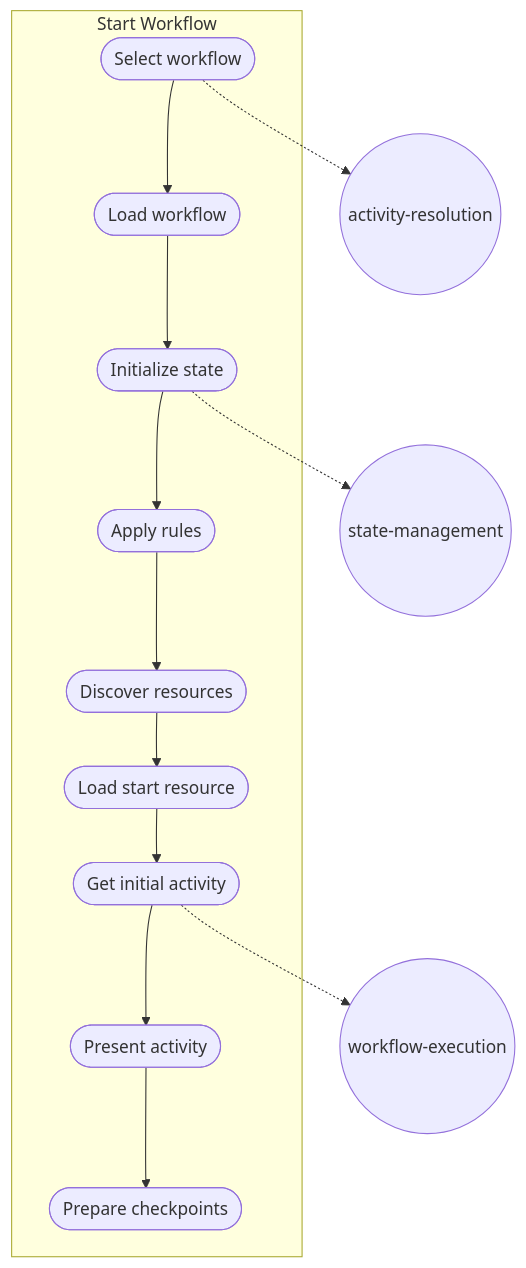
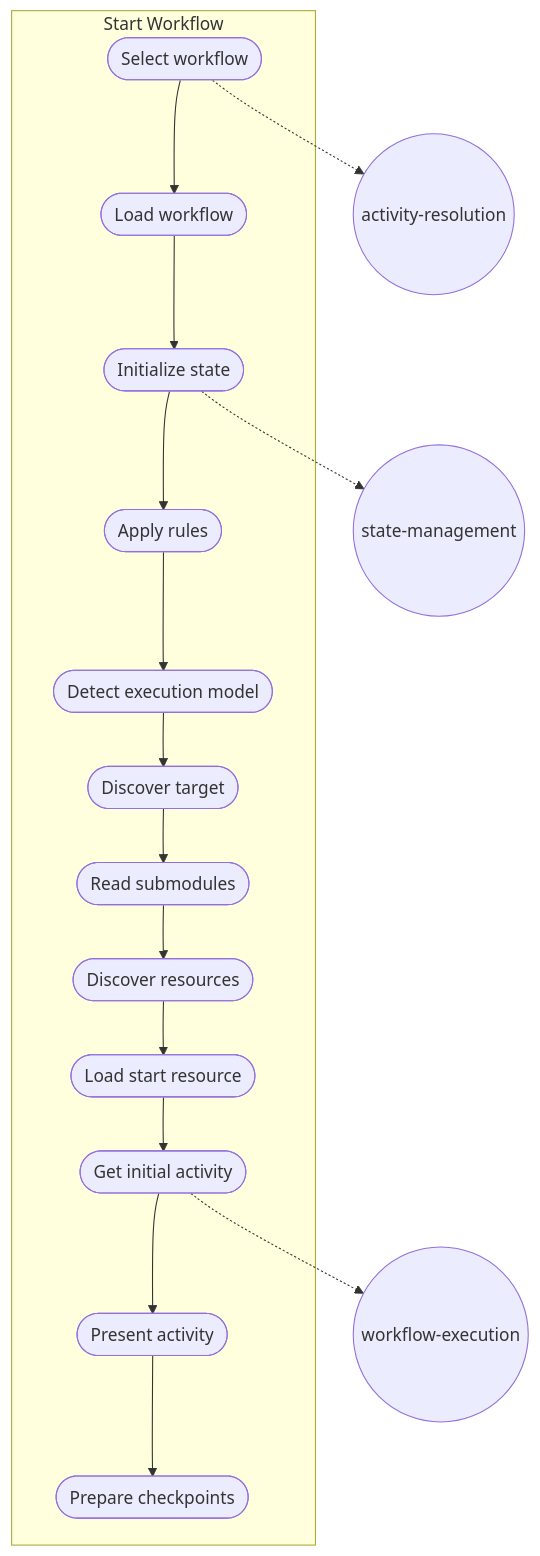
One commit to m2ux/workflow-server changed the second of 4 diagrams in meta/README.md. Above: the diagram before and after it, drawn with Mermaid. The commit also changed other lines of this file and 9 other files, not shown here.

First line of the commit message:
fix(meta): compliance review fixes — schema validation, variables, prose migration

````diff
--- a/meta/README.md
+++ b/meta/README.md
@@ -44,24 +44,27 @@
 ```mermaid
 graph TD
     subgraph start-workflow[Start Workflow]
         s1([Select workflow])
         s2([Load workflow])
         s3([Initialize state])
         s4([Apply rules])
-        s5([Discover resources])
-        s6([Load start resource])
-        s7([Get initial activity])
-        s8([Present activity])
-        s9([Prepare checkpoints])
+        s5([Detect execution model])
+        s6([Discover target])
+        s7([Read submodules])
+        s8([Discover resources])
+        s9([Load start resource])
+        s10([Get initial activity])
+        s11([Present activity])
+        s12([Prepare checkpoints])
         
-        s1 --> s2 --> s3 --> s4 --> s5 --> s6 --> s7 --> s8 --> s9
+        s1 --> s2 --> s3 --> s4 --> s5 --> s6 --> s7 --> s8 --> s9 --> s10 --> s11 --> s12
     end
     
     skill1((workflow-execution))
     skill2((activity-resolution))
     skill3((state-management))
     
     s1 -.-> skill2
     s3 -.-> skill3
-    s7 -.-> skill1
+    s10 -.-> skill1
 ```
````
